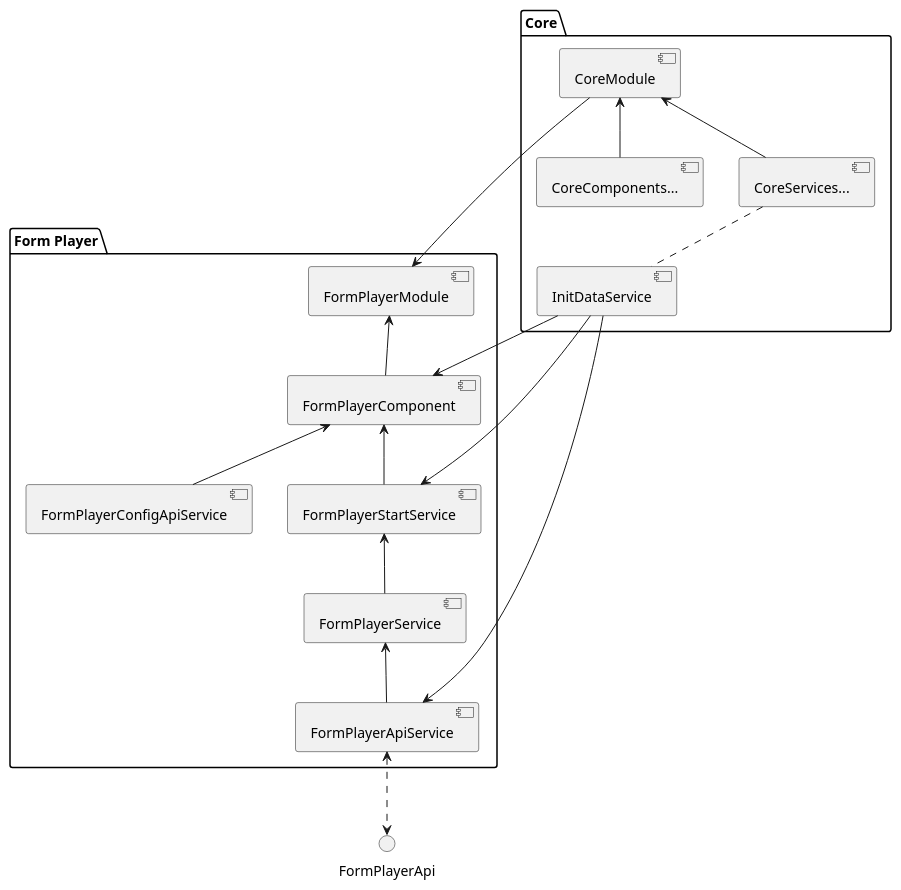
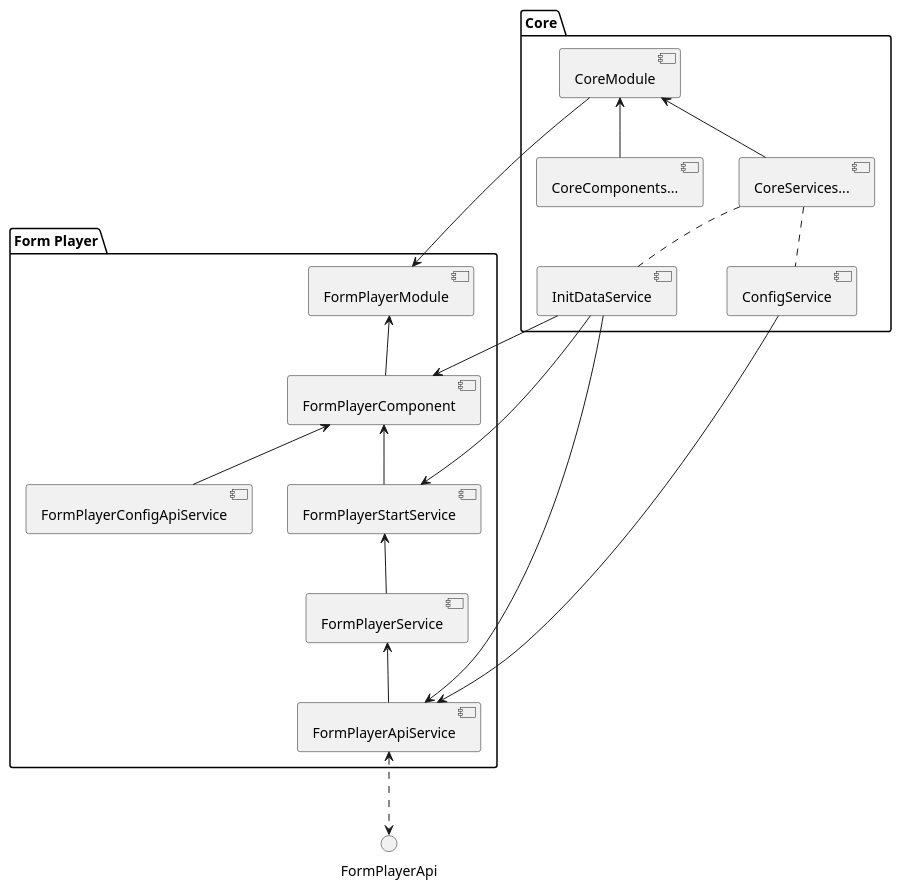
Before and after one commit to IvanAleeksevyandexru/front: the diagram in documentations/architecture/component-diagram-current.puml, drawn with PlantUML. The commit also changed 99 other files, not shown here.

```diff
--- a/documentations/architecture/component-diagram-current.puml
+++ b/documentations/architecture/component-diagram-current.puml
@@ -1,26 +1,28 @@
 @startuml
 
 package "Form Player" {
   [FormPlayerModule] <-- [FormPlayerComponent]
   [FormPlayerComponent] <-- [FormPlayerConfigApiService]
   [FormPlayerComponent] <-- [FormPlayerStartService]
   [FormPlayerStartService] <-- [FormPlayerService]
   [FormPlayerService] <-- [FormPlayerApiService]
 }
 
 [FormPlayerApiService] <..> FormPlayerApi
 
 package "Core" {
   [CoreModule] -> [FormPlayerModule]
   [CoreModule] <-- [CoreComponents...]
   [CoreModule] <-- [CoreServices...]
   [CoreServices...] .. [InitDataService]
+  [CoreServices...] .. [ConfigService]
+  [ConfigService] --> [FormPlayerApiService]
   [InitDataService] --> [FormPlayerComponent]
   [InitDataService] --> [FormPlayerStartService]
   [InitDataService] --> [FormPlayerApiService]
 }
 
 
 
 
 @enduml
```
